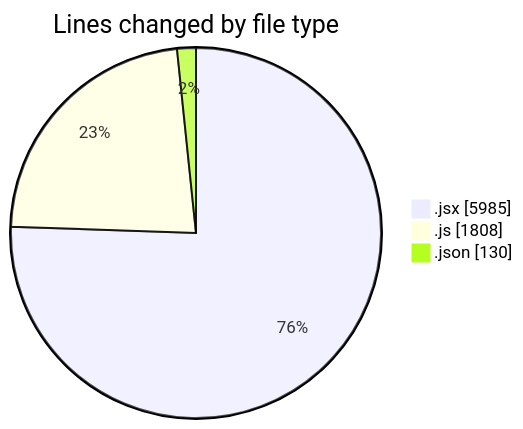
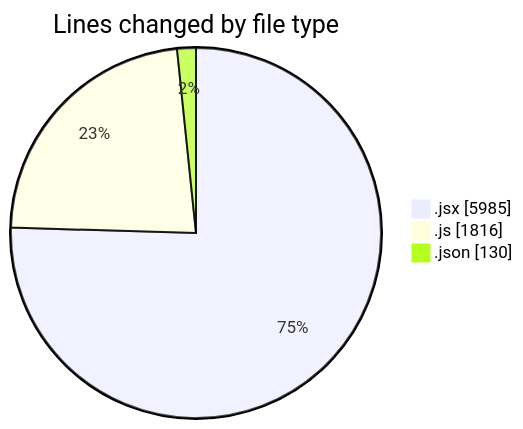
The first of 2 diagrams in 2025-08-06/nxtqube_webapp/README.md (nxtqubesakshisongat/code-tracking), drawn with Mermaid before and after one commit. The commit also changed other lines of this file and 1 other file, not shown here.

````diff
--- a/2025-08-06/nxtqube_webapp/README.md
+++ b/2025-08-06/nxtqube_webapp/README.md
@@ -31,7 +31,7 @@
 ```mermaid
 pie showData
 title Lines changed by file type
 ".jsx" : 5985
-".js" : 1808
+".js" : 1816
 ".json" : 130
 ```
````
